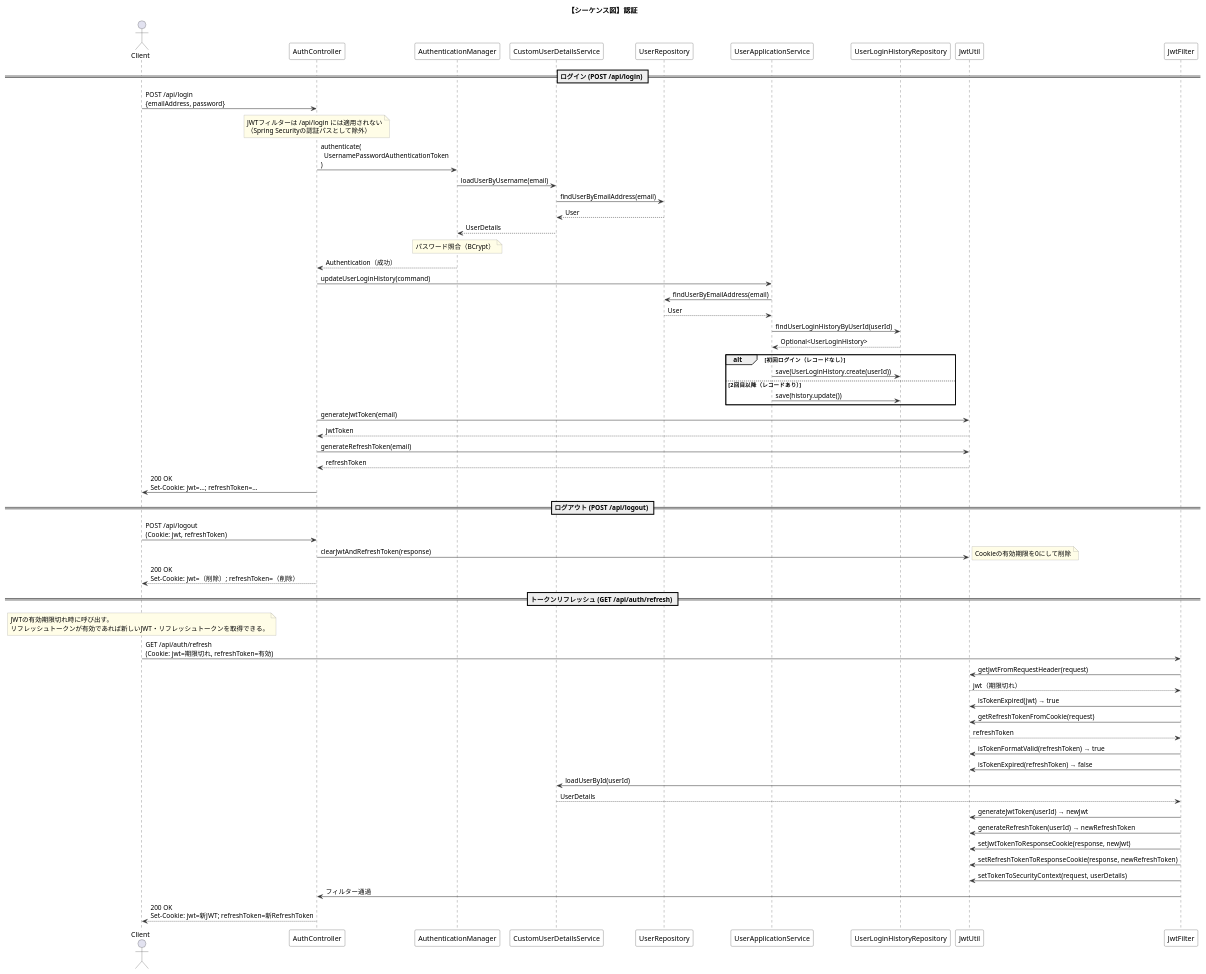
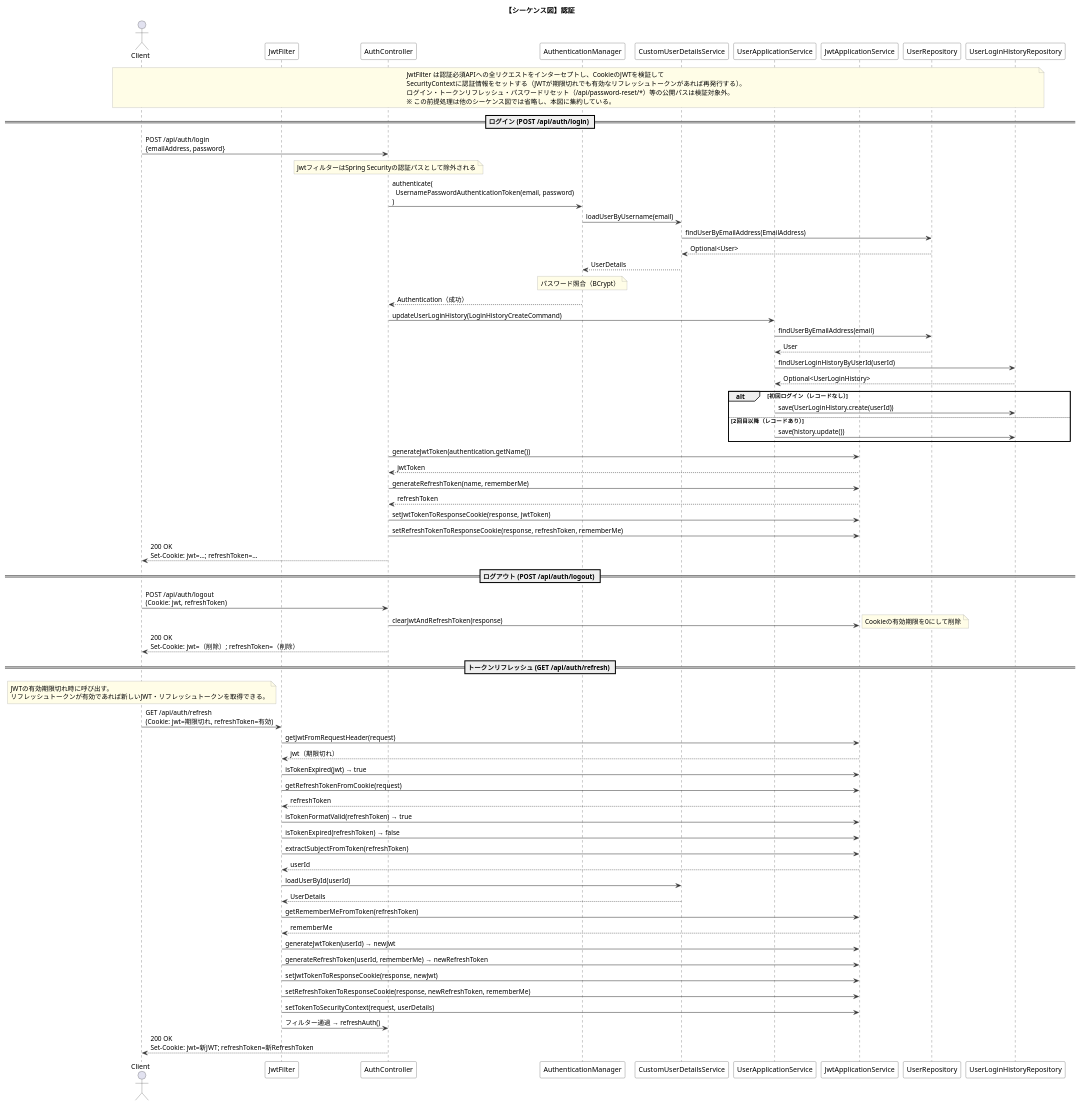
The diagram in docs/sequence-auth.puml (stra24/elms-backend), drawn with PlantUML before and after one commit. The commit also changed 216 other files, not shown here.

```diff
--- a/docs/sequence-auth.puml
+++ b/docs/sequence-auth.puml
@@ -1,108 +1,125 @@
 @startuml sequence-auth
 title 【シーケンス図】認証
 
 skinparam sequence {
   ArrowColor #333333
   ActorBorderColor #333333
   LifeLineBorderColor #333333
   ParticipantBorderColor #333333
   ParticipantBackgroundColor White
 }
 skinparam noteBackgroundColor #FFFDE7
 skinparam noteBorderColor #999999
 
 actor Client
+participant "JwtFilter" as JwtFilter
+participant "AuthController" as AuthController
+participant "AuthenticationManager" as AuthManager
+participant "CustomUserDetailsService" as UserDetailsService
+participant "UserApplicationService" as UserAppService
+participant "JwtApplicationService" as JwtService
+participant "UserRepository" as UserRepo
+participant "UserLoginHistoryRepository" as HistoryRepo
+
+note over Client, HistoryRepo
+  JwtFilter は認証必須APIへの全リクエストをインターセプトし、CookieのJWTを検証して
+  SecurityContextに認証情報をセットする（JWTが期限切れでも有効なリフレッシュトークンがあれば再発行する）。
+  ログイン・トークンリフレッシュ・パスワードリセット（/api/password-reset/*）等の公開パスは検証対象外。
+  ※ この前提処理は他のシーケンス図では省略し、本図に集約している。
+end note
 
 ' ============================================================
 ' ログイン
 ' ============================================================
-== ログイン (POST /api/login) ==
+== ログイン (POST /api/auth/login) ==
 
-Client -> AuthController : POST /api/login\n{emailAddress, password}
+Client -> AuthController : POST /api/auth/login\n{emailAddress, password}
 
 note over AuthController
-  JWTフィルターは /api/login には適用されない
-  （Spring Securityの認証パスとして除外）
+  JwtフィルターはSpring Securityの認証パスとして除外される
 end note
 
-AuthController -> AuthenticationManager : authenticate(\n  UsernamePasswordAuthenticationToken\n)
+AuthController -> AuthManager : authenticate(\n  UsernamePasswordAuthenticationToken(email, password)\n)
 
-AuthenticationManager -> CustomUserDetailsService : loadUserByUsername(email)
-CustomUserDetailsService -> UserRepository : findUserByEmailAddress(email)
-UserRepository --> CustomUserDetailsService : User
-CustomUserDetailsService --> AuthenticationManager : UserDetails
+AuthManager -> UserDetailsService : loadUserByUsername(email)
+UserDetailsService -> UserRepo : findUserByEmailAddress(EmailAddress)
+UserRepo --> UserDetailsService : Optional<User>
+UserDetailsService --> AuthManager : UserDetails
 
-note over AuthenticationManager
+note over AuthManager
   パスワード照合（BCrypt）
 end note
 
-AuthenticationManager --> AuthController : Authentication（成功）
+AuthManager --> AuthController : Authentication（成功）
 
-AuthController -> UserApplicationService : updateUserLoginHistory(command)
-  UserApplicationService -> UserRepository : findUserByEmailAddress(email)
-  UserRepository --> UserApplicationService : User
-  UserApplicationService -> UserLoginHistoryRepository : findUserLoginHistoryByUserId(userId)
-  UserLoginHistoryRepository --> UserApplicationService : Optional<UserLoginHistory>
+AuthController -> UserAppService : updateUserLoginHistory(LoginHistoryCreateCommand)
+  UserAppService -> UserRepo : findUserByEmailAddress(email)
+  UserRepo --> UserAppService : User
+  UserAppService -> HistoryRepo : findUserLoginHistoryByUserId(userId)
+  HistoryRepo --> UserAppService : Optional<UserLoginHistory>
 
   alt 初回ログイン（レコードなし）
-    UserApplicationService -> UserLoginHistoryRepository : save(UserLoginHistory.create(userId))
+    UserAppService -> HistoryRepo : save(UserLoginHistory.create(userId))
   else 2回目以降（レコードあり）
-    UserApplicationService -> UserLoginHistoryRepository : save(history.update())
+    UserAppService -> HistoryRepo : save(history.update())
   end
 
-AuthController -> JwtUtil : generateJwtToken(email)
-JwtUtil --> AuthController : jwtToken
-AuthController -> JwtUtil : generateRefreshToken(email)
-JwtUtil --> AuthController : refreshToken
+AuthController -> JwtService : generateJwtToken(authentication.getName())
+JwtService --> AuthController : jwtToken
+AuthController -> JwtService : generateRefreshToken(name, rememberMe)
+JwtService --> AuthController : refreshToken
+AuthController -> JwtService : setJwtTokenToResponseCookie(response, jwtToken)
+AuthController -> JwtService : setRefreshTokenToResponseCookie(response, refreshToken, rememberMe)
 
-AuthController -> Client : 200 OK\nSet-Cookie: jwt=...; refreshToken=...
+AuthController --> Client : 200 OK\nSet-Cookie: jwt=...; refreshToken=...
 
 ' ============================================================
 ' ログアウト
 ' ============================================================
-== ログアウト (POST /api/logout) ==
+== ログアウト (POST /api/auth/logout) ==
 
-Client -> AuthController : POST /api/logout\n(Cookie: jwt, refreshToken)
+Client -> AuthController : POST /api/auth/logout\n(Cookie: jwt, refreshToken)
 
-AuthController -> JwtUtil : clearJwtAndRefreshToken(response)
+AuthController -> JwtService : clearJwtAndRefreshToken(response)
 note right: Cookieの有効期限を0にして削除
 
 AuthController --> Client : 200 OK\nSet-Cookie: jwt=（削除）; refreshToken=（削除）
 
 ' ============================================================
 ' トークンリフレッシュ
 ' ============================================================
 == トークンリフレッシュ (GET /api/auth/refresh) ==
 
 note over Client
   JWTの有効期限切れ時に呼び出す。
   リフレッシュトークンが有効であれば新しいJWT・リフレッシュトークンを取得できる。
 end note
 
 Client -> JwtFilter : GET /api/auth/refresh\n(Cookie: jwt=期限切れ, refreshToken=有効)
 
-JwtFilter -> JwtUtil : getJwtFromRequestHeader(request)
-JwtUtil --> JwtFilter : jwt（期限切れ）
+JwtFilter -> JwtService : getJwtFromRequestHeader(request)
+JwtService --> JwtFilter : jwt（期限切れ）
+JwtFilter -> JwtService : isTokenExpired(jwt) → true
 
-JwtFilter -> JwtUtil : isTokenExpired(jwt) → true
+JwtFilter -> JwtService : getRefreshTokenFromCookie(request)
+JwtService --> JwtFilter : refreshToken
+JwtFilter -> JwtService : isTokenFormatValid(refreshToken) → true
+JwtFilter -> JwtService : isTokenExpired(refreshToken) → false
 
-JwtFilter -> JwtUtil : getRefreshTokenFromCookie(request)
-JwtUtil --> JwtFilter : refreshToken
+JwtFilter -> JwtService : extractSubjectFromToken(refreshToken)
+JwtService --> JwtFilter : userId
+JwtFilter -> UserDetailsService : loadUserById(userId)
+UserDetailsService --> JwtFilter : UserDetails
+JwtFilter -> JwtService : getRememberMeFromToken(refreshToken)
+JwtService --> JwtFilter : rememberMe
 
-JwtFilter -> JwtUtil : isTokenFormatValid(refreshToken) → true
-JwtFilter -> JwtUtil : isTokenExpired(refreshToken) → false
+JwtFilter -> JwtService : generateJwtToken(userId) → newJwt
+JwtFilter -> JwtService : generateRefreshToken(userId, rememberMe) → newRefreshToken
+JwtFilter -> JwtService : setJwtTokenToResponseCookie(response, newJwt)
+JwtFilter -> JwtService : setRefreshTokenToResponseCookie(response, newRefreshToken, rememberMe)
+JwtFilter -> JwtService : setTokenToSecurityContext(request, userDetails)
 
-JwtFilter -> CustomUserDetailsService : loadUserById(userId)
-CustomUserDetailsService --> JwtFilter : UserDetails
-
-JwtFilter -> JwtUtil : generateJwtToken(userId) → newJwt
-JwtFilter -> JwtUtil : generateRefreshToken(userId) → newRefreshToken
-JwtFilter -> JwtUtil : setJwtTokenToResponseCookie(response, newJwt)
-JwtFilter -> JwtUtil : setRefreshTokenToResponseCookie(response, newRefreshToken)
-JwtFilter -> JwtUtil : setTokenToSecurityContext(request, userDetails)
-
-JwtFilter -> AuthController : フィルター通過
-
+JwtFilter -> AuthController : フィルター通過 → refreshAuth()
 AuthController --> Client : 200 OK\nSet-Cookie: jwt=新JWT; refreshToken=新RefreshToken
 
 @enduml
```
